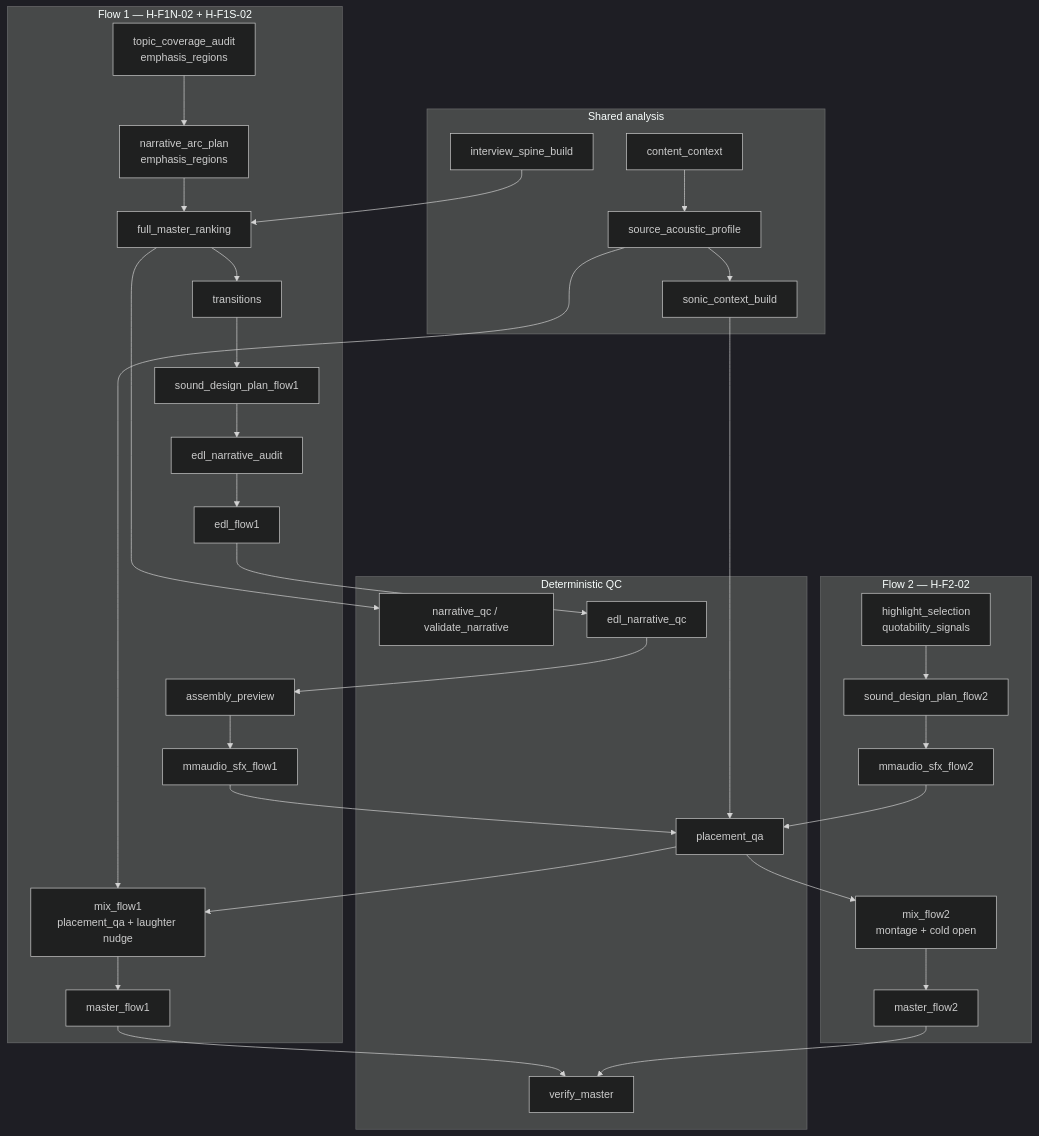
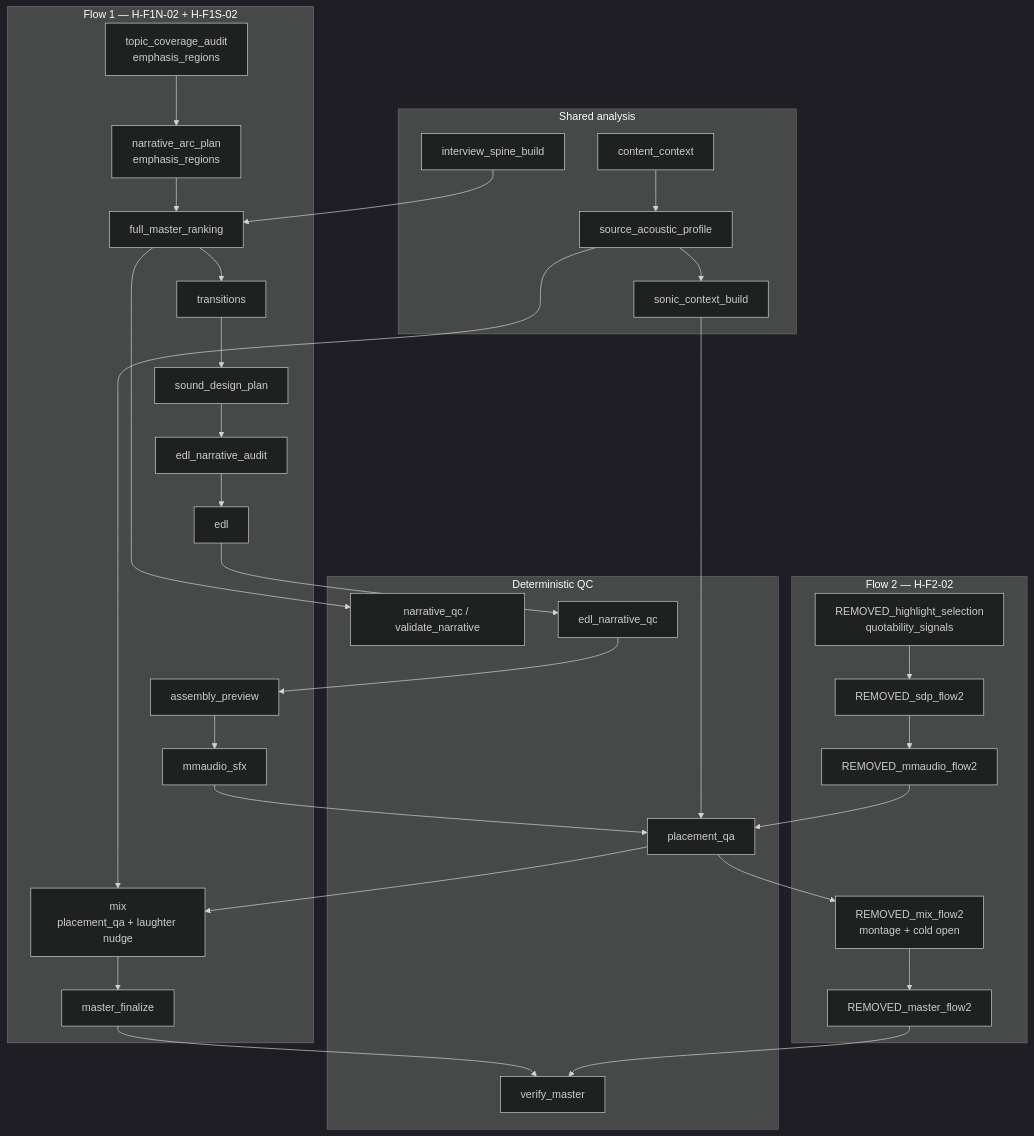
The diagram in docs/build-out/june182026build/06-WAVE-D-output-resilience.md (NicketUttarwar/interview_helper_mux), drawn with Mermaid (dark theme) before and after one commit. The commit also changed other lines of this file and 471 other files, not shown here.

````diff
--- a/docs/build-out/june182026build/06-WAVE-D-output-resilience.md
+++ b/docs/build-out/june182026build/06-WAVE-D-output-resilience.md
@@ -358,48 +358,48 @@
 ```mermaid
 flowchart TB
     subgraph analysis [Shared analysis]
         SAP[source_acoustic_profile]
         SC[sonic_context_build]
         SP[interview_spine_build]
         CC[content_context]
     end
 
     subgraph flow1 [Flow 1 — H-F1N-02 + H-F1S-02]
         TCA[topic_coverage_audit<br/>emphasis_regions]
         NAP[narrative_arc_plan<br/>emphasis_regions]
         FMR[full_master_ranking]
         TR[transitions]
-        SDP1[sound_design_plan_flow1]
+        SDP1[sound_design_plan]
         ENA[edl_narrative_audit]
-        EDL[edl_flow1]
+        EDL[edl]
         AP[assembly_preview]
-        SFX1[mmaudio_sfx_flow1]
-        MIX1[mix_flow1<br/>placement_qa + laughter nudge]
-        M1[master_flow1]
+        SFX1[mmaudio_sfx]
+        MIX1[mix<br/>placement_qa + laughter nudge]
+        M1[master_finalize]
     end
 
     subgraph flow2 [Flow 2 — H-F2-02]
-        HS[highlight_selection<br/>quotability_signals]
-        SDP2[sound_design_plan_flow2]
-        SFX2[mmaudio_sfx_flow2]
-        MIX2[mix_flow2<br/>montage + cold open]
-        M2[master_flow2]
+        HS[REMOVED_highlight_selection<br/>quotability_signals]
+        SDP2[REMOVED_sdp_flow2]
+        SFX2[REMOVED_mmaudio_flow2]
+        MIX2[REMOVED_mix_flow2<br/>montage + cold open]
+        M2[REMOVED_master_flow2]
     end
 
     subgraph qc [Deterministic QC]
         NQC[narrative_qc / validate_narrative]
         ENQC[edl_narrative_qc]
         PQA[placement_qa]
         VM[verify_master]
     end
 
     CC --> SAP --> SC
     SP --> FMR
     SAP --> MIX1
     SC --> PQA
     TCA --> NAP --> FMR
     FMR --> NQC
     FMR --> TR --> SDP1 --> ENA --> EDL
     EDL --> ENQC --> AP --> SFX1 --> PQA --> MIX1 --> M1 --> VM
     HS --> SDP2 --> SFX2 --> PQA --> MIX2 --> M2 --> VM
 ```
````
